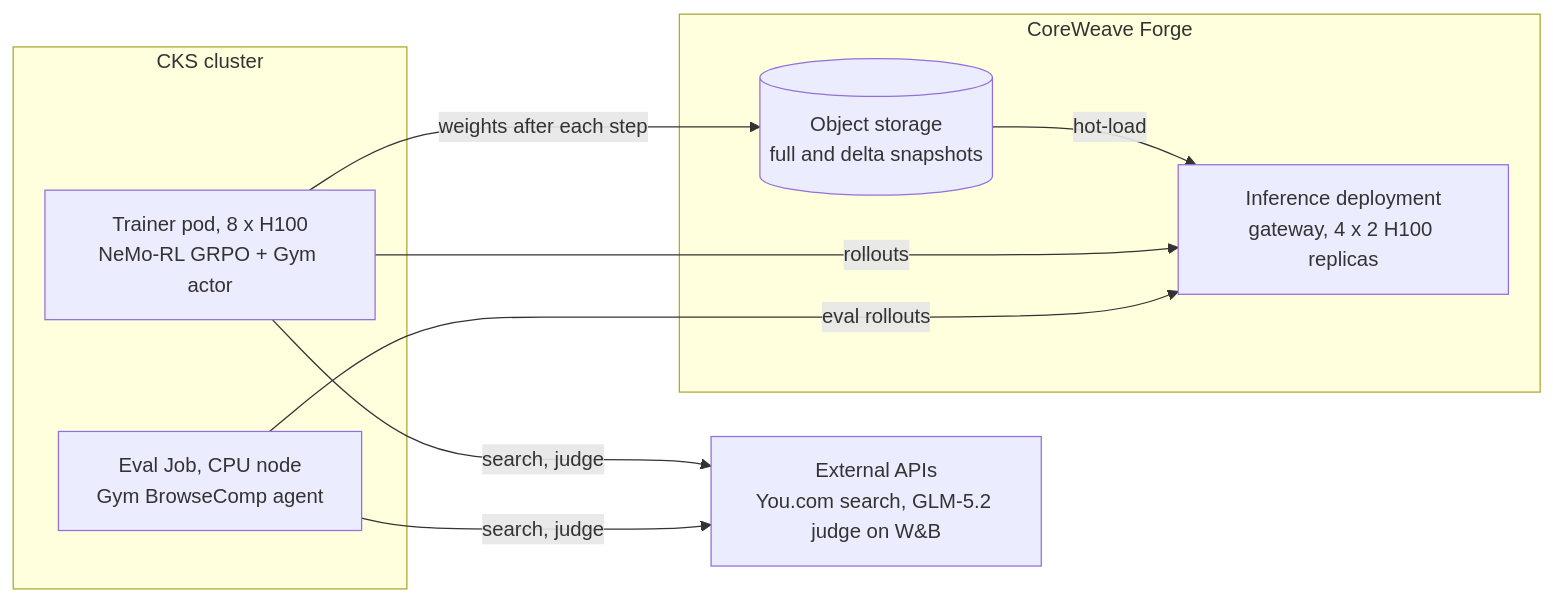
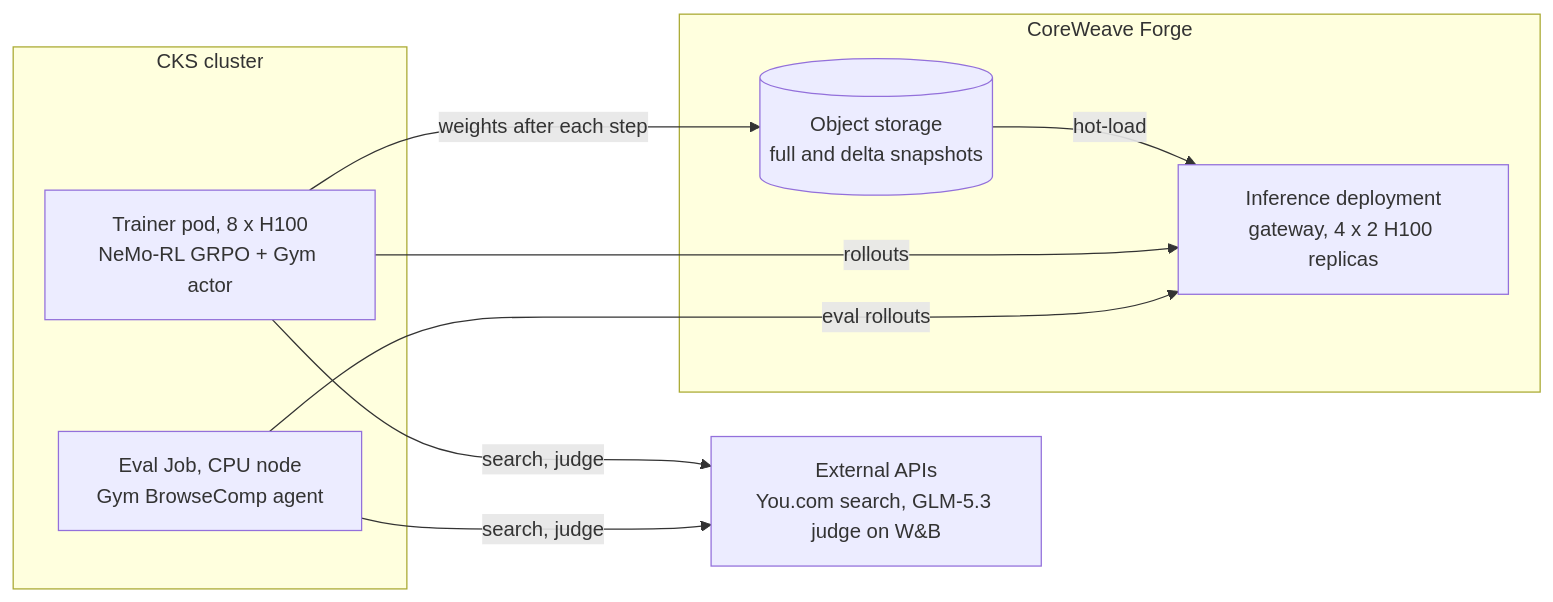
Before and after one commit to coreweave/inference-cookbook: the diagram in training/case-studies/web-search-agent/README.md, drawn with Mermaid. The commit also changed other lines of this file and 10 other files, not shown here.

````diff
--- a/training/case-studies/web-search-agent/README.md
+++ b/training/case-studies/web-search-agent/README.md
@@ -35,18 +35,18 @@
 ```mermaid
 flowchart LR
   subgraph cks["CKS cluster"]
     trainer["Trainer pod, 8 x H100<br/>NeMo-RL GRPO + Gym actor"]
     eval["Eval Job, CPU node<br/>Gym BrowseComp agent"]
   end
   subgraph cw["CoreWeave Forge"]
     bucket[("Object storage<br/>full and delta snapshots")]
     deploy["Inference deployment<br/>gateway, 4 x 2 H100 replicas"]
   end
-  apis["External APIs<br/>You.com search, GLM-5.2 judge on W&B"]
+  apis["External APIs<br/>You.com search, GLM-5.3 judge on W&B"]
   trainer -- "weights after each step" --> bucket
   bucket -- "hot-load" --> deploy
   trainer -- "rollouts" --> deploy
   eval -- "eval rollouts" --> deploy
   trainer -- "search, judge" --> apis
   eval -- "search, judge" --> apis
 ```
````
